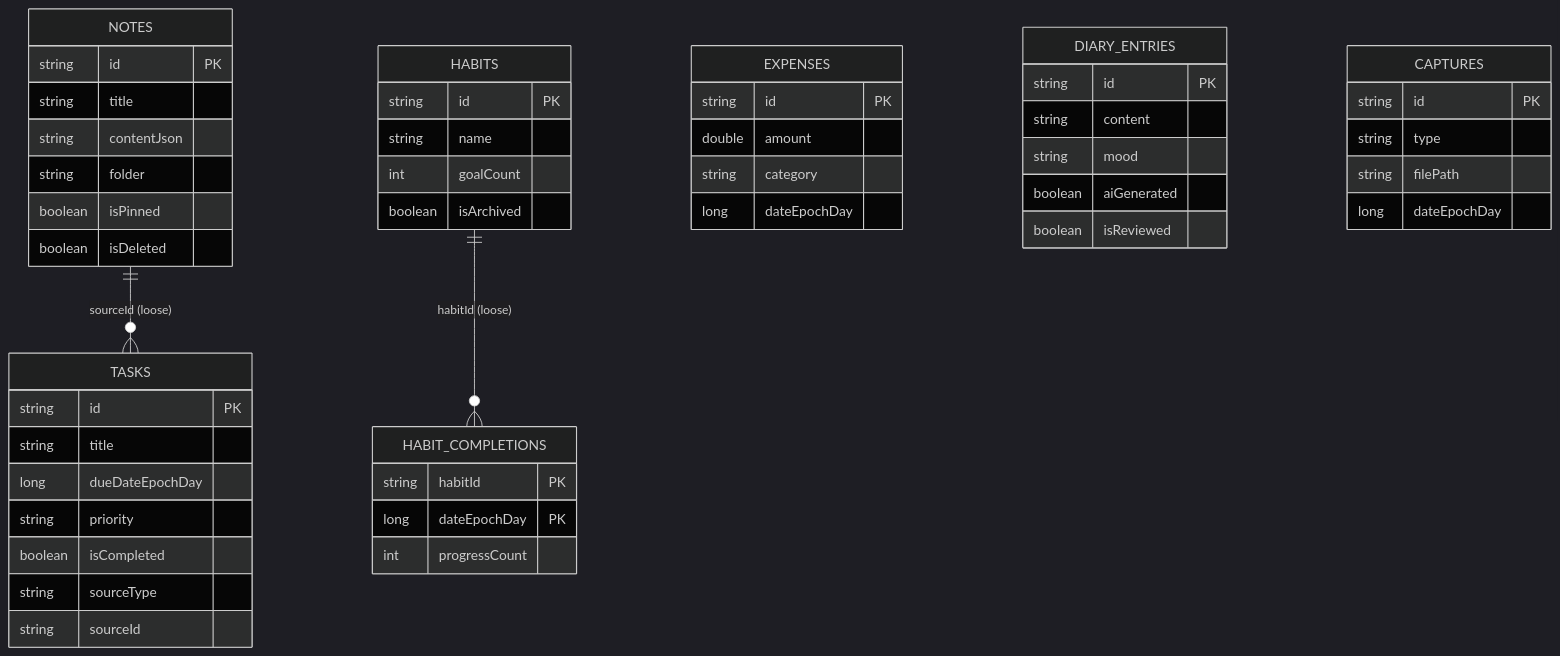
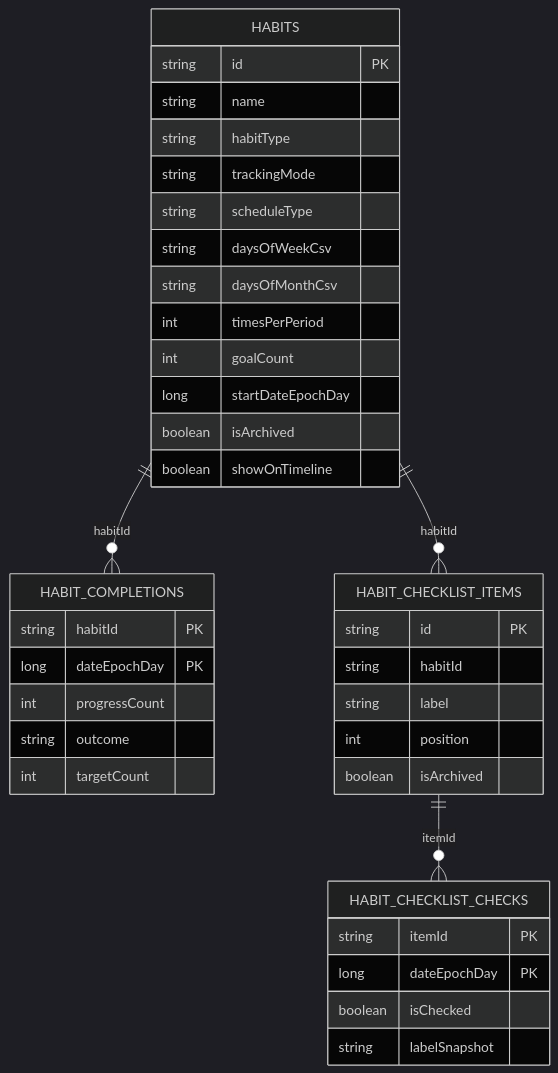
Before and after one commit to gamerprash99-cell/Life2030-: the diagram in docs/05_DATABASE.md, drawn with Mermaid (dark theme). The commit also changed other lines of this file and 42 other files, not shown here.

````diff
--- a/docs/05_DATABASE.md
+++ b/docs/05_DATABASE.md
@@ -196,53 +198,41 @@
 ```mermaid
 erDiagram
-    NOTES ||--o{ TASKS : "sourceId (loose)"
-    HABITS ||--o{ HABIT_COMPLETIONS : "habitId (loose)"
+    HABITS ||--o{ HABIT_COMPLETIONS : "habitId"
+    HABITS ||--o{ HABIT_CHECKLIST_ITEMS : "habitId"
+    HABIT_CHECKLIST_ITEMS ||--o{ HABIT_CHECKLIST_CHECKS : "itemId"
 
-    NOTES {
-        string id PK
-        string title
-        string contentJson
-        string folder
-        boolean isPinned
-        boolean isDeleted
-    }
-    TASKS {
-        string id PK
-        string title
-        long dueDateEpochDay
-        string priority
-        boolean isCompleted
-        string sourceType
-        string sourceId
-    }
     HABITS {
         string id PK
         string name
+        string habitType
+        string trackingMode
+        string scheduleType
+        string daysOfWeekCsv
+        string daysOfMonthCsv
+        int timesPerPeriod
         int goalCount
+        long startDateEpochDay
         boolean isArchived
+        boolean showOnTimeline
     }
     HABIT_COMPLETIONS {
         string habitId PK
         long dateEpochDay PK
         int progressCount
+        string outcome
+        int targetCount
     }
-    EXPENSES {
+    HABIT_CHECKLIST_ITEMS {
         string id PK
-        double amount
-        string category
-        long dateEpochDay
+        string habitId
+        string label
+        int position
+        boolean isArchived
     }
-    DIARY_ENTRIES {
-        string id PK
-        string content
-        string mood
-        boolean aiGenerated
-        boolean isReviewed
-    }
-    CAPTURES {
-        string id PK
-        string type
-        string filePath
-        long dateEpochDay
+    HABIT_CHECKLIST_CHECKS {
+        string itemId PK
+        long dateEpochDay PK
+        boolean isChecked
+        string labelSnapshot
     }
 ```
````
